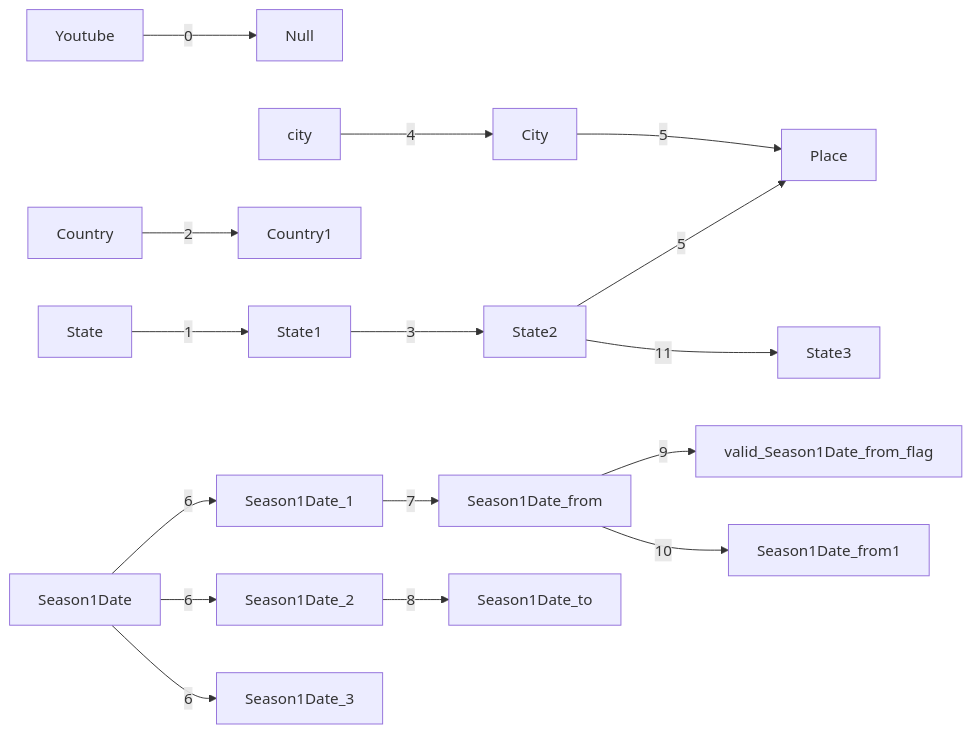
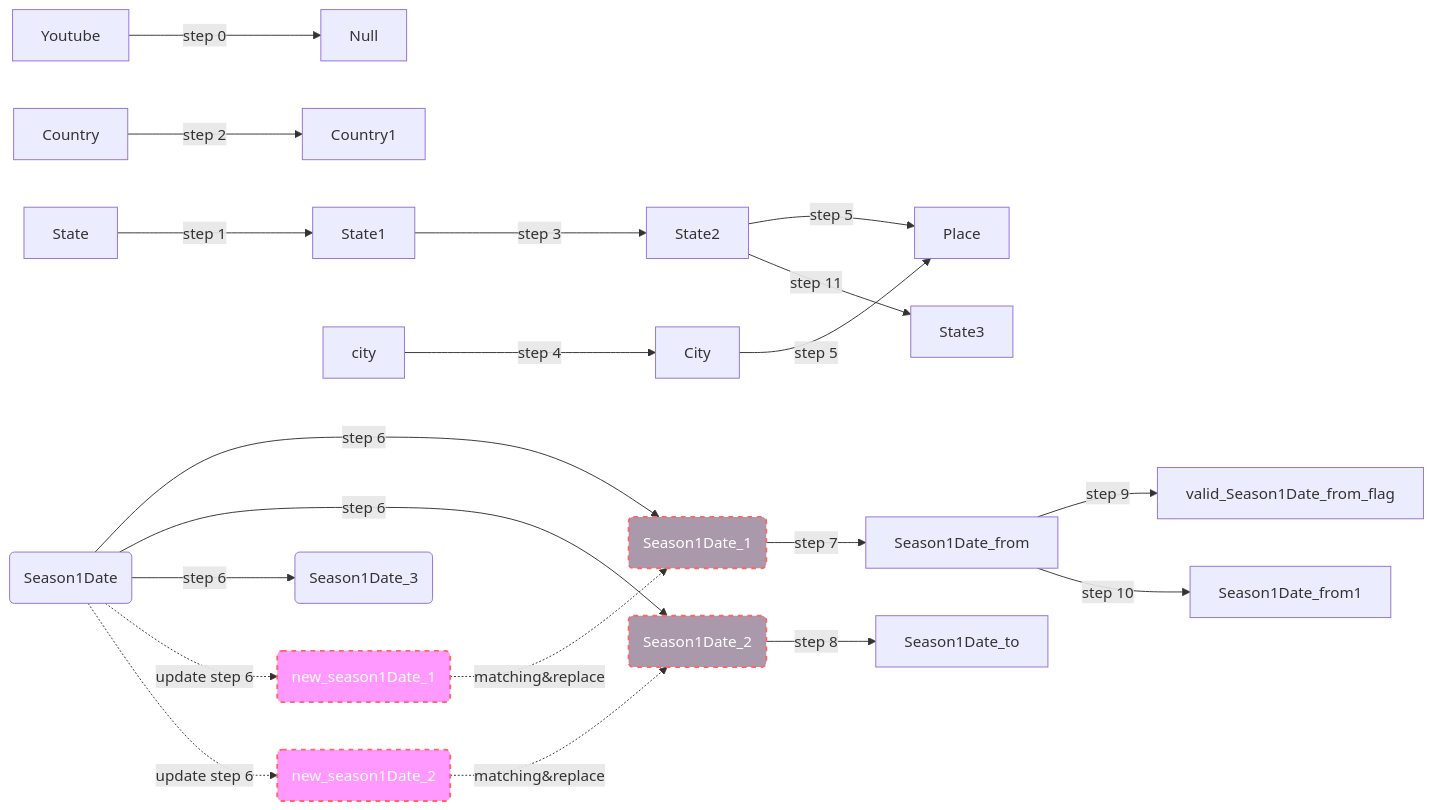
Before and after one commit to idaks/ORMA-IDCC-2021: the diagram in demo.md, drawn with Mermaid.

Commit message:
update graph for history update problem

````diff
--- a/demo.md
+++ b/demo.md
@@ -1,18 +1,27 @@
 ```mermaid
 graph LR
-   Youtube --> |0| Null;
-   State --> |1| State1;
-   Country --> |2| Country1;
-   State1 --> |3| State2;
-   city --> |4| City;
-   State2 --> |5| Place;
-   City --> |5| Place;
-   Season1Date --> |6| Season1Date_1;
-   Season1Date --> |6| Season1Date_2;
-   Season1Date --> |6| Season1Date_3;
-   Season1Date_1 --> |7| Season1Date_from;
-   Season1Date_2 --> |8| Season1Date_to;
-   Season1Date_from --> |9| valid_Season1Date_from_flag
-   Season1Date_from --> |10| Season1Date_from1
-   State2 --> |11| State3
+   Youtube --> |step 0| Null;
+   State --> |step 1| State1;
+   Country --> |step 2| Country1;
+   State1 --> |step 3| State2;
+   city --> |step 4| City;
+   State2 & City--> |step 5| Place;
+   id1(Season1Date) --> |step 6| id2(Season1Date_1);
+   id1(Season1Date) --> |step 6| id3(Season1Date_2);
+   id1(Season1Date) --> |step 6| id4(Season1Date_3);
+   id1(Season1Date)-. update step 6 .-> id5(new_season1Date_1);
+   id1(Season1Date)-. update step 6 .-> id6(new_season1Date_2);
+   style id5 fill:#f9f,stroke:#f66,stroke-width:2px,color:#fff,stroke-dasharray: 5 5
+   style id6 fill:#f9f,stroke:#f66,stroke-width:2px,color:#fff,stroke-dasharray: 5 5
+
+   id2(Season1Date_1) --> |step 7| Season1Date_from;
+   id3(Season1Date_2) --> |step 8| Season1Date_to;
+   Season1Date_from --> |step 9| valid_Season1Date_from_flag
+   Season1Date_from --> |step 10| Season1Date_from1
+   State2 --> |step 11| State3
+
+   id5(new_season1Date_1) -. matching&replace.->id2(Season1Date_1)
+   id6(new_season1Date_2) -. matching&replace.->id3(Season1Date_2)
+   style id2 fill:#a9a,stroke:#f66,stroke-width:2px,color:#fff,stroke-dasharray: 5 5
+   style id3 fill:#a9a,stroke:#f66,stroke-width:2px,color:#fff,stroke-dasharray: 5 5
 ```
````
